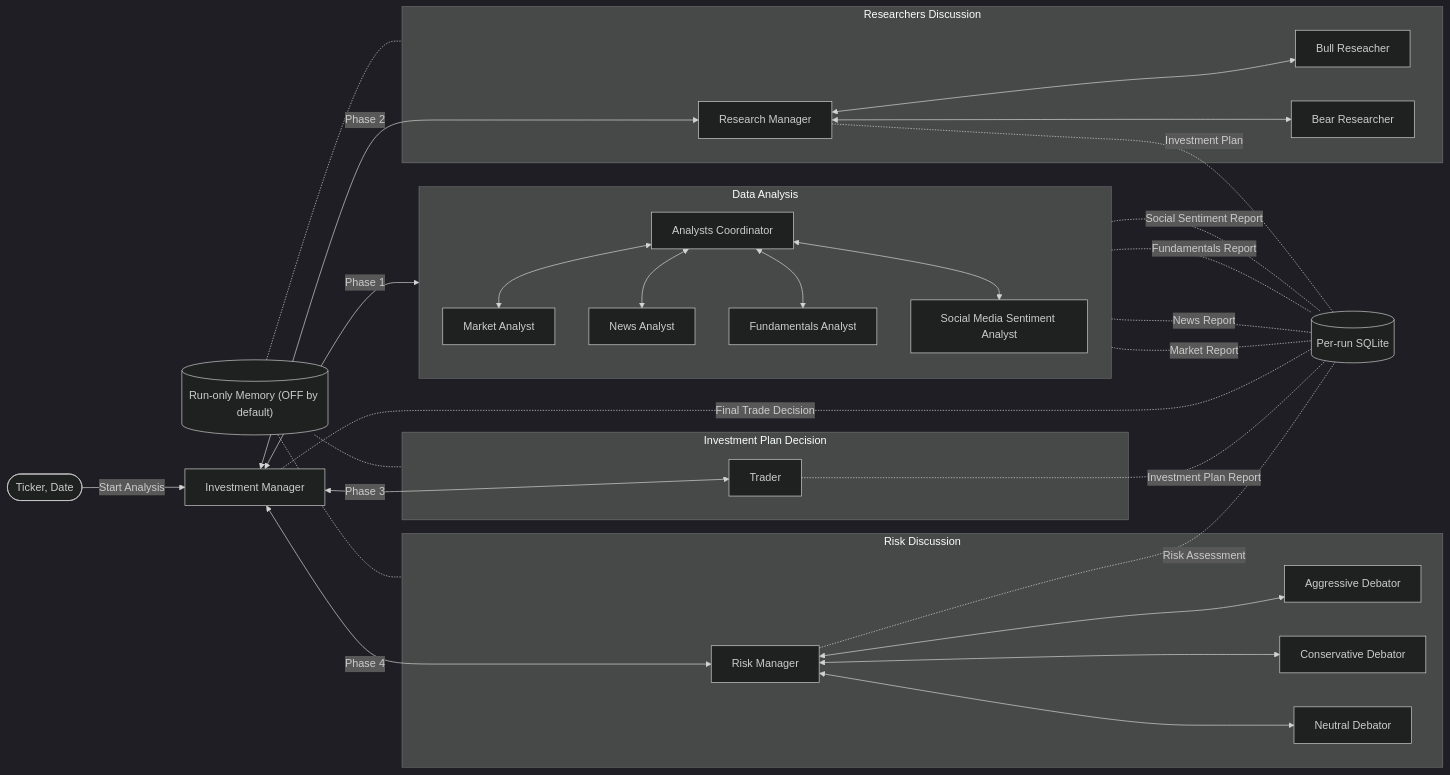
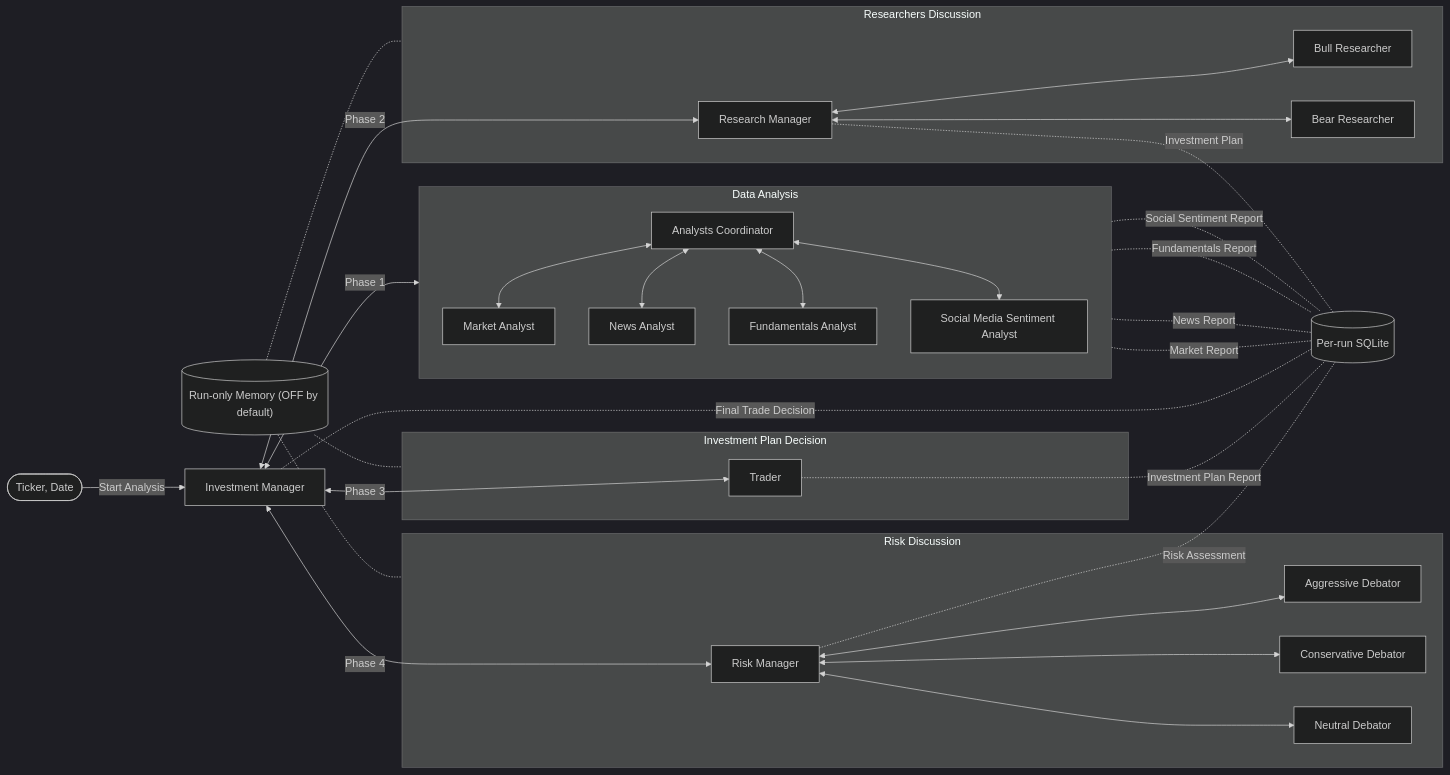
The diagram in README.md (renandcl/InvestmentAgents), drawn with Mermaid (dark theme) before and after one commit. The commit also changed other lines of this file and 2 other files, not shown here.

````diff
--- a/README.md
+++ b/README.md
@@ -15,45 +15,45 @@
 ```mermaid
 flowchart LR
  subgraph subGraph0["Data Analysis"]
     direction TB
         AC["Analysts Coordinator"]
         MA["Market Analyst"]
         NA["News Analyst"]
         FA["Fundamentals Analyst"]
         SMA["Social Media Sentiment Analyst"]
   end
  subgraph subGraph1["Researchers Discussion"]
-        BR["Bull Reseacher"]
+        BR["Bull Researcher"]
         BER["Bear Researcher"]
         RM["Research Manager"]
   end
  subgraph subGraph2["Investment Plan Decision"]
         TR["Trader"]
   end
  subgraph subGraph3["Risk Discussion"]
         AD["Aggressive Debator"]
         CD["Conservative Debator"]
         ND["Neutral Debator"]
         RMG["Risk Manager"]
   end
     Init(["Ticker, Date"]) -- Start Analysis --> IM["Investment Manager"]
     IM <-- Phase 1 --> AC
     AC <--> MA & NA & FA & SMA
     IM <-- Phase 2 --> RM
     RM <--> BR & BER
     IM <-- Phase 3 --> TR
     IM <-- Phase 4 --> RMG
     RMG <--> AD & CD & ND
     MA -. Market Report .- State["Per-run SQLite"]
     NA -. News Report .- State
     FA -. Fundamentals Report .- State
     SMA -. Social Sentiment Report .- State
     RM -. Investment Plan .- State
     TR -. Investment Plan Report .- State
     RMG -. Risk Assessment .- State
     IM -. Final Trade Decision .- State
     State@{ shape: db}
     Memory["Run-only Memory (OFF by default)"]
     Memory@{ shape: db}
     Memory -.- subGraph1 & subGraph2 & subGraph3
 ```
````
